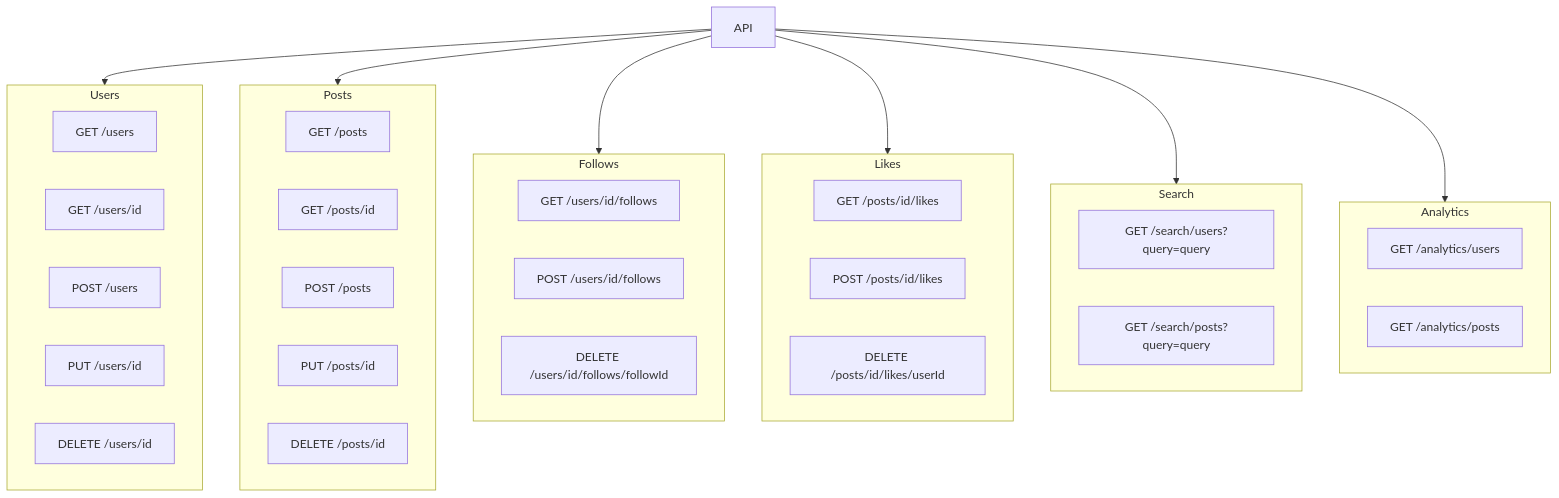
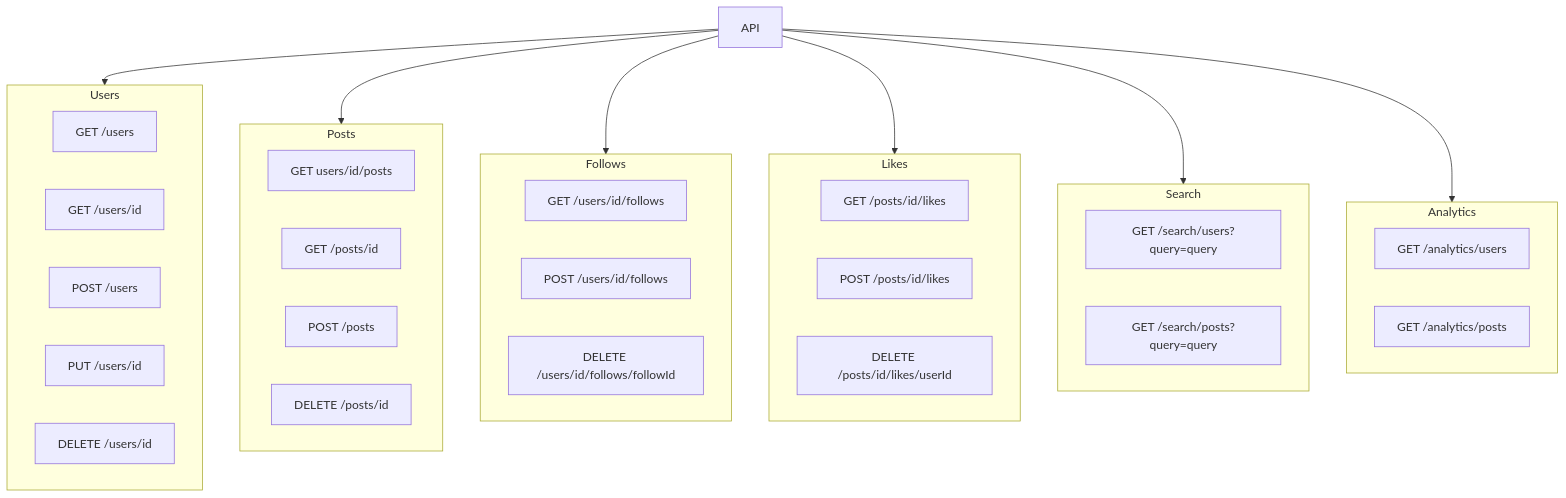
One commit to NikiforovAll/social-media-app-aspire changed the diagram in README.md. Above: the diagram before and after it, drawn with Mermaid. The commit also changed other lines of this file and 39 other files, not shown here.

````diff
--- a/README.md
+++ b/README.md
@@ -50,55 +49,54 @@
 ```mermaid
 graph 
     API[API]
     Users[Users]
     Posts[Posts]
     Follows[Follows]
     Likes[Likes]
     Search[Search]
     Analytics[Analytics]
 
     API --> Users
     API --> Posts
     API --> Follows
     API --> Likes
     API --> Search
     API --> Analytics
 
     subgraph Users
     GET_users[GET /users]
     GET_users_id[GET /users/id]
     POST_users[POST /users]
     PUT_users_id[PUT /users/id]
     DELETE_users_id[DELETE /users/id]
     end
 
     subgraph Posts
-    GET_posts[GET /posts]
+    GET_posts[GET users/id/posts]
     GET_posts_id[GET /posts/id]
     POST_posts[POST /posts]
-    PUT_posts_id[PUT /posts/id]
     DELETE_posts_id[DELETE /posts/id]
     end
 
     subgraph Follows
     GET_users_id_follows[GET /users/id/follows]
     POST_users_id_follows[POST /users/id/follows]
     DELETE_users_id_follows_followId[DELETE /users/id/follows/followId]
     end
 
     subgraph Likes
     GET_posts_id_likes[GET /posts/id/likes]
     POST_posts_id_likes[POST /posts/id/likes]
     DELETE_posts_id_likes_userId[DELETE /posts/id/likes/userId]
     end
 
     subgraph Search
     GET_search_users[GET /search/users?query=query]
     GET_search_posts[GET /search/posts?query=query]
     end
 
     subgraph Analytics
     GET_analytics_users[GET /analytics/users]
     GET_analytics_posts[GET /analytics/posts]
     end
 ```
````
